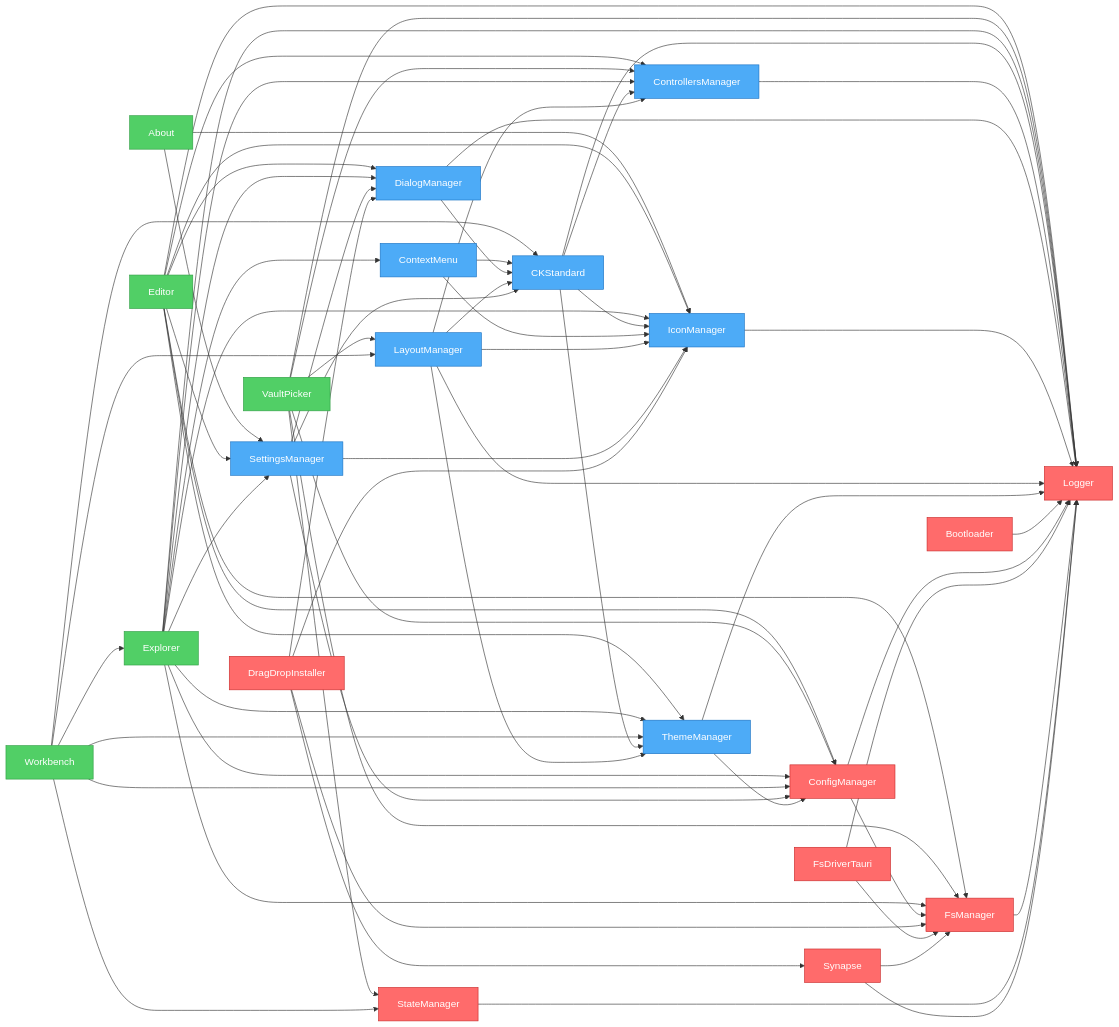
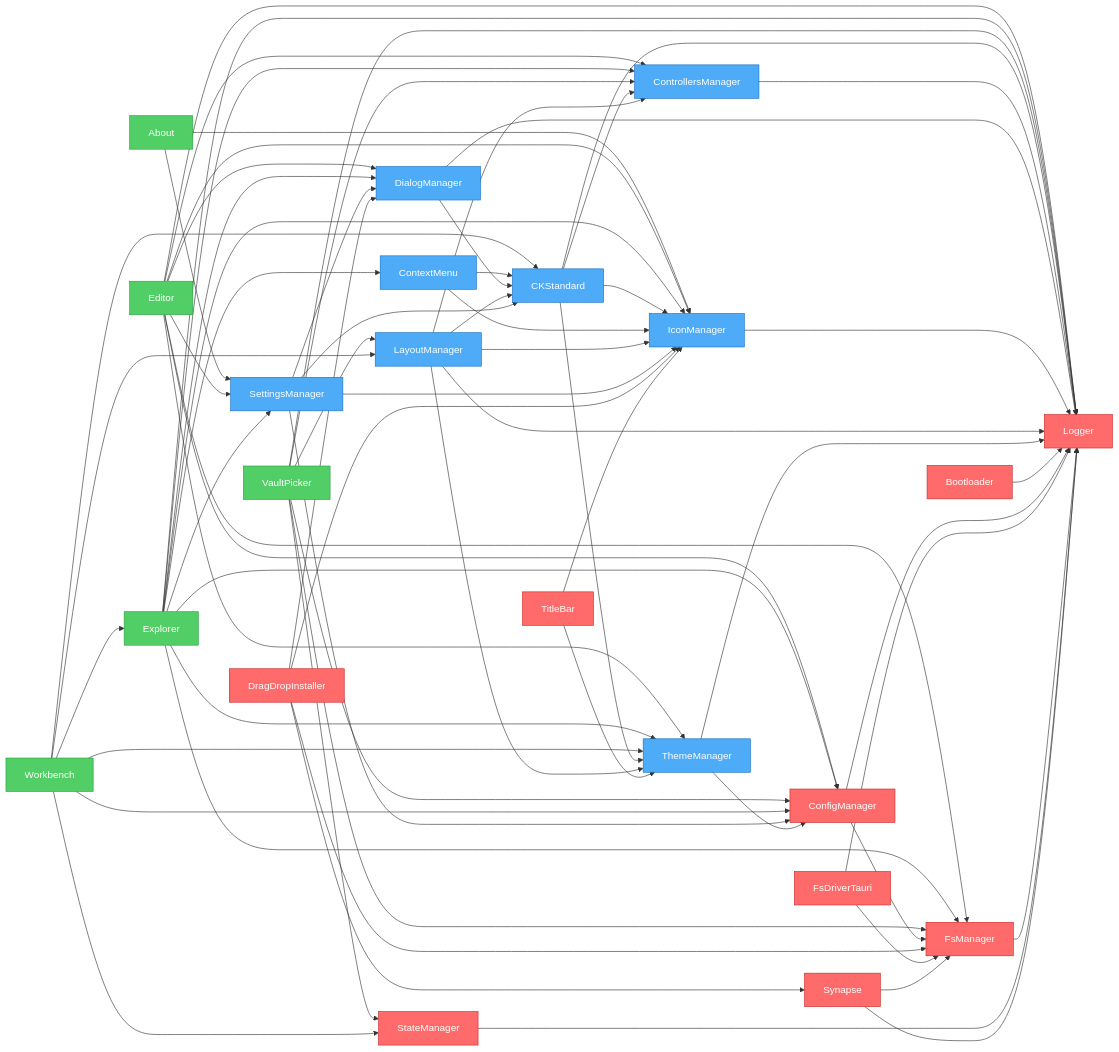
One commit to khton-tech/notehub.md changed the diagram in artifacts/graph.mmd. Above: the diagram before and after it, drawn with Mermaid. The commit also changed 19 other files, not shown here.

Commit message:
feat: Implement the core Notehub editor, a custom system titlebar, and initial desktop application setup with Tauri capabilities.

```diff
--- a/artifacts/graph.mmd
+++ b/artifacts/graph.mmd
@@ -1,96 +1,99 @@
 flowchart LR
     nh_features_about["About"]
     nh_features_editor["Editor"]
+    nh_features_explorer["Explorer"]
     nh_features_vault-picker["VaultPicker"]
-    nh_features_explorer["Explorer"]
     nh_features_workbench["Workbench"]
     nh_ui_ck-standard["CKStandard"]
     nh_ui_context-menu["ContextMenu"]
     nh_ui_controllers-manager["ControllersManager"]
     nh_ui_dialog-manager["DialogManager"]
     nh_ui_icon-manager["IconManager"]
     nh_ui_layout-manager["LayoutManager"]
     nh_ui_settings-manager["SettingsManager"]
     nh_ui_theme-manager["ThemeManager"]
     nh_system_bootloader["Bootloader"]
     nh_system_config-manager["ConfigManager"]
     nh_system_drag-drop["DragDropInstaller"]
     nh_system_fs-driver-tauri["FsDriverTauri"]
     nh_system_fs-manager["FsManager"]
     nh_system_logger["Logger"]
     nh_system_state-manager["StateManager"]
     nh_system_synapse["Synapse"]
+    nh_system_titlebar["TitleBar"]
     nh_features_about --> nh_ui_settings-manager
     nh_features_about --> nh_ui_icon-manager
     nh_features_editor --> nh_system_config-manager
     nh_features_editor --> nh_ui_settings-manager
     nh_features_editor --> nh_system_fs-manager
     nh_features_editor --> nh_system_logger
     nh_features_editor --> nh_ui_controllers-manager
     nh_features_editor --> nh_ui_dialog-manager
     nh_features_editor --> nh_ui_icon-manager
     nh_features_editor --> nh_ui_theme-manager
-    nh_features_vault-picker --> nh_system_fs-manager
-    nh_features_vault-picker --> nh_system_config-manager
-    nh_features_vault-picker --> nh_system_state-manager
-    nh_features_vault-picker --> nh_system_logger
-    nh_features_vault-picker --> nh_ui_controllers-manager
-    nh_features_vault-picker --> nh_ui_layout-manager
     nh_features_explorer --> nh_system_config-manager
     nh_features_explorer --> nh_ui_settings-manager
     nh_features_explorer --> nh_system_fs-manager
     nh_features_explorer --> nh_system_logger
     nh_features_explorer --> nh_ui_controllers-manager
     nh_features_explorer --> nh_ui_icon-manager
     nh_features_explorer --> nh_ui_theme-manager
     nh_features_explorer --> nh_ui_context-menu
     nh_features_explorer --> nh_ui_dialog-manager
+    nh_features_vault-picker --> nh_system_fs-manager
+    nh_features_vault-picker --> nh_system_config-manager
+    nh_features_vault-picker --> nh_system_state-manager
+    nh_features_vault-picker --> nh_system_logger
+    nh_features_vault-picker --> nh_ui_controllers-manager
+    nh_features_vault-picker --> nh_ui_layout-manager
     nh_features_workbench --> nh_system_config-manager
     nh_features_workbench --> nh_ui_layout-manager
     nh_features_workbench --> nh_ui_theme-manager
     nh_features_workbench --> nh_ui_ck-standard
     nh_features_workbench --> nh_system_state-manager
     nh_features_workbench --> nh_features_explorer
     nh_ui_ck-standard --> nh_system_logger
     nh_ui_ck-standard --> nh_ui_controllers-manager
     nh_ui_ck-standard --> nh_ui_icon-manager
     nh_ui_ck-standard --> nh_ui_theme-manager
     nh_ui_context-menu --> nh_ui_icon-manager
     nh_ui_context-menu --> nh_ui_ck-standard
     nh_ui_controllers-manager --> nh_system_logger
     nh_ui_dialog-manager --> nh_system_logger
     nh_ui_dialog-manager --> nh_ui_ck-standard
     nh_ui_icon-manager --> nh_system_logger
     nh_ui_layout-manager --> nh_system_logger
     nh_ui_layout-manager --> nh_ui_theme-manager
     nh_ui_layout-manager --> nh_ui_icon-manager
     nh_ui_layout-manager --> nh_ui_controllers-manager
     nh_ui_layout-manager --> nh_ui_ck-standard
     nh_ui_settings-manager --> nh_system_config-manager
     nh_ui_settings-manager --> nh_ui_ck-standard
     nh_ui_settings-manager --> nh_ui_icon-manager
     nh_ui_settings-manager --> nh_ui_dialog-manager
     nh_ui_theme-manager --> nh_system_logger
     nh_ui_theme-manager --> nh_system_config-manager
     nh_system_bootloader --> nh_system_logger
     nh_system_config-manager --> nh_system_logger
     nh_system_config-manager --> nh_system_fs-manager
     nh_system_drag-drop --> nh_ui_icon-manager
     nh_system_drag-drop --> nh_ui_dialog-manager
     nh_system_drag-drop --> nh_system_fs-manager
     nh_system_drag-drop --> nh_system_synapse
     nh_system_fs-driver-tauri --> nh_system_logger
     nh_system_fs-driver-tauri --> nh_system_fs-manager
     nh_system_fs-manager --> nh_system_logger
     nh_system_state-manager --> nh_system_logger
     nh_system_synapse --> nh_system_fs-manager
     nh_system_synapse --> nh_system_logger
+    nh_system_titlebar --> nh_ui_icon-manager
+    nh_system_titlebar --> nh_ui_theme-manager
 
     %% Styles
     classDef system fill:#ff6b6b,stroke:#c92a2a,color:#fff
     classDef ui fill:#4dabf7,stroke:#1971c2,color:#fff
     classDef feature fill:#51cf66,stroke:#2f9e44,color:#fff
     class nh_features_about,nh_features_vault-picker feature
     class nh_features_editor,nh_features_explorer,nh_features_workbench feature
     class nh_ui_ck-standard,nh_ui_context-menu,nh_ui_controllers-manager,nh_ui_dialog-manager,nh_ui_icon-manager,nh_ui_layout-manager,nh_ui_settings-manager,nh_ui_theme-manager ui
-    class nh_system_bootloader,nh_system_config-manager,nh_system_drag-drop,nh_system_fs-driver-tauri,nh_system_fs-manager,nh_system_logger,nh_system_state-manager,nh_system_synapse system
+    class nh_system_bootloader,nh_system_config-manager,nh_system_drag-drop,nh_system_fs-driver-tauri,nh_system_fs-manager,nh_system_logger,nh_system_state-manager,nh_system_synapse,nh_system_titlebar system
```
